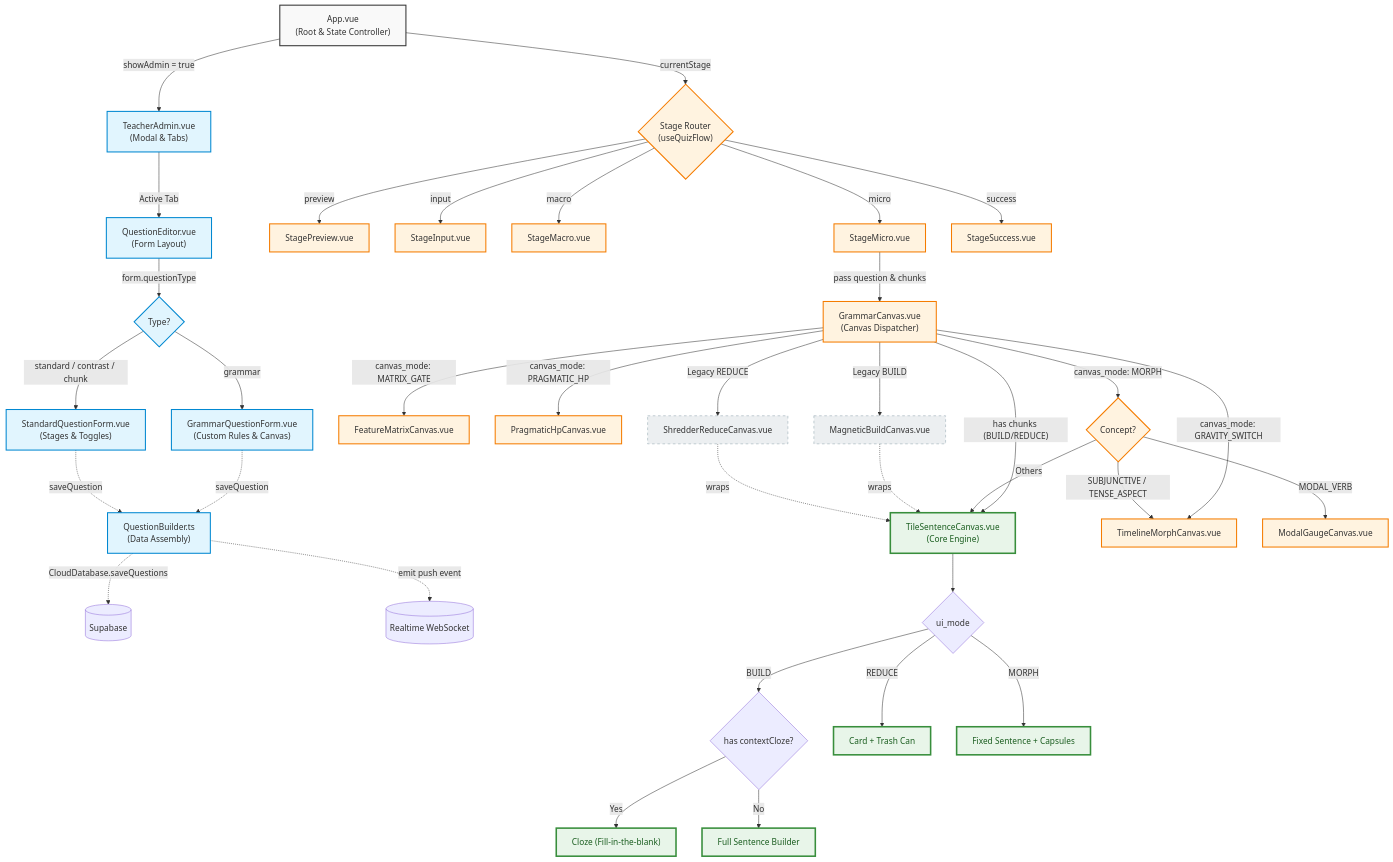
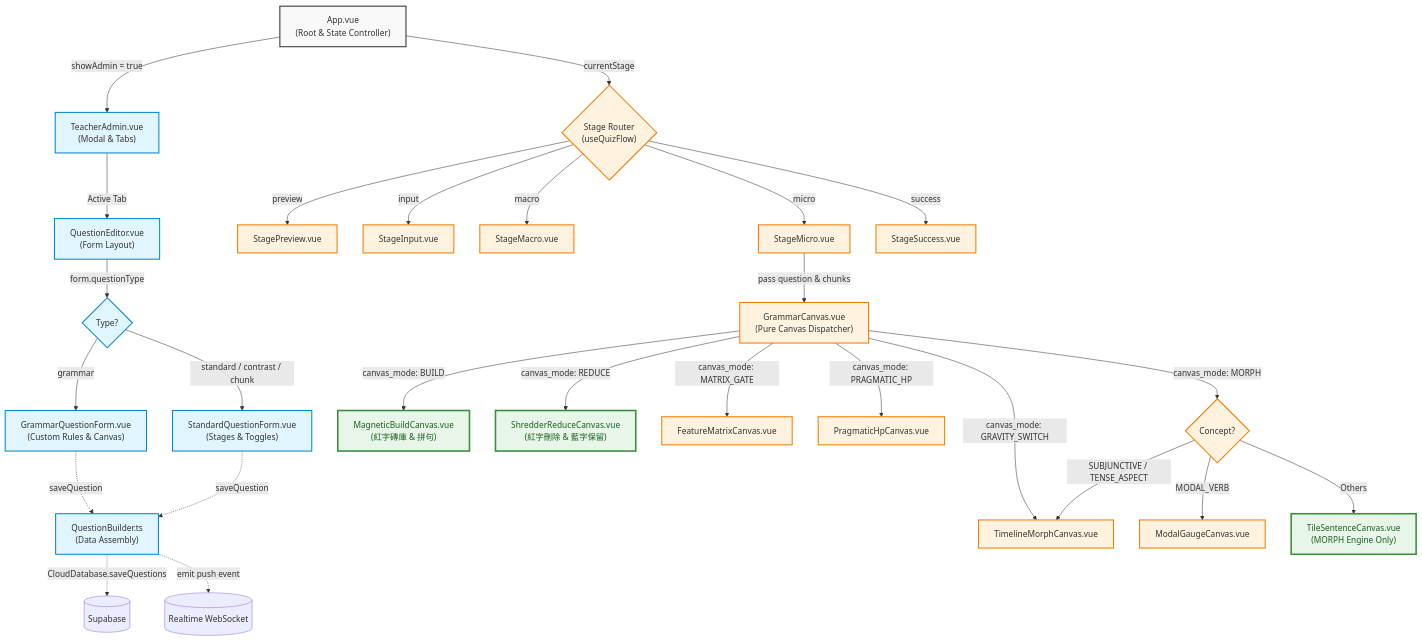
One commit to ylin3-learner/SyntaxHunt changed the third of 7 diagrams in README.zh-TW.md. Above: the diagram before and after it, drawn with Mermaid. The commit also changed other lines of this file and 1 other file, not shown here.

First line of the commit message:
docs(readme): update architecture diagrams and REDUCE mode documentation

````diff
--- a/README.zh-TW.md
+++ b/README.zh-TW.md
@@ -176,12 +176,13 @@
     StageRouter -->|"success"| StageSuccess["StageSuccess.vue"]
     
     %% 微觀階段 (核心)
-    StageMicro -->|"pass question & chunks"| CanvasRouter["GrammarCanvas.vue<br/>(Canvas Dispatcher)"]
+    StageMicro -->|"pass question & chunks"| CanvasRouter["GrammarCanvas.vue<br/>(Pure Canvas Dispatcher)"]
 
     %% ==========================================
-    %% 畫布路由分發 (Canvas Routing)
+    %% 畫布路由分發 (Canvas Routing - 徹底解耦)
     %% ==========================================
-    CanvasRouter -->|"has chunks (BUILD/REDUCE)"| Tile["TileSentenceCanvas.vue<br/>(Core Engine)"]
+    CanvasRouter -->|"canvas_mode: BUILD"| Mag["MagneticBuildCanvas.vue<br/>(紅字磚庫 & 拼句)"]
+    CanvasRouter -->|"canvas_mode: REDUCE"| Shred["ShredderReduceCanvas.vue<br/>(紅字刪除 & 藍字保留)"]
     CanvasRouter -->|"canvas_mode: MATRIX_GATE"| Matrix["FeatureMatrixCanvas.vue"]
     CanvasRouter -->|"canvas_mode: PRAGMATIC_HP"| HP["PragmaticHpCanvas.vue"]
     CanvasRouter -->|"canvas_mode: GRAVITY_SWITCH"| Gravity["TimelineMorphCanvas.vue"]
@@ -189,38 +190,18 @@
     
     MorphRouter -->|"MODAL_VERB"| Modal["ModalGaugeCanvas.vue"]
     MorphRouter -->|"SUBJUNCTIVE / TENSE_ASPECT"| Gravity
-    MorphRouter -->|"Others"| Tile
-    
-    CanvasRouter -->|"Legacy BUILD"| Mag["MagneticBuildCanvas.vue"]
-    CanvasRouter -->|"Legacy REDUCE"| Shred["ShredderReduceCanvas.vue"]
-    
-    Mag -.->|"wraps"| Tile
-    Shred -.->|"wraps"| Tile
+    MorphRouter -->|"Others"| Tile["TileSentenceCanvas.vue<br/>(MORPH Engine Only)"]
 
     %% ==========================================
-    %% TileSentenceCanvas 內部渲染 (UI Modes)
-    %% ==========================================
-    Tile --> TileMode{"ui_mode"}
-    
-    TileMode -->|"BUILD"| ClozeCheck{"has contextCloze?"}
-    ClozeCheck -->|"Yes"| ClozeUI["Cloze (Fill-in-the-blank)"]
-    ClozeCheck -->|"No"| BuildUI["Full Sentence Builder"]
-    
-    TileMode -->|"REDUCE"| ReduceUI["Card + Trash Can"]
-    TileMode -->|"MORPH"| MorphUI["Fixed Sentence + Capsules"]
-
-    %% ==========================================
-    %% 樣式設定 (可選)
+    %% 樣式設定
     %% ==========================================
     classDef root fill:#f9f9f9,stroke:#333,stroke-width:2px;
     classDef teacher fill:#e1f5fe,stroke:#0288d1,stroke-width:2px;
     classDef student fill:#fff3e0,stroke:#f57c00,stroke-width:2px;
     classDef core fill:#e8f5e9,stroke:#388e3c,stroke-width:3px,color:#1b5e20;
-    classDef legacy fill:#eceff1,stroke:#90a4ae,stroke-width:1px,stroke-dasharray: 5 5;
 
     class App root;
     class AdminModal,Editor,FormType,GForm,SForm,Builder teacher;
     class StageRouter,StagePreview,StageInput,StageMacro,StageMicro,StageSuccess,CanvasRouter,Matrix,HP,Gravity,MorphRouter,Modal student;
-    class Tile,ClozeUI,BuildUI,ReduceUI,MorphUI core;
-    class Mag,Shred legacy;
+    class Mag,Shred,Tile core;
 ```
````
